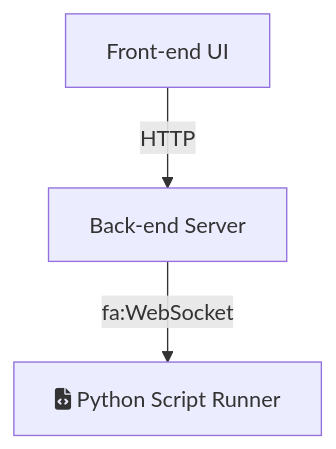
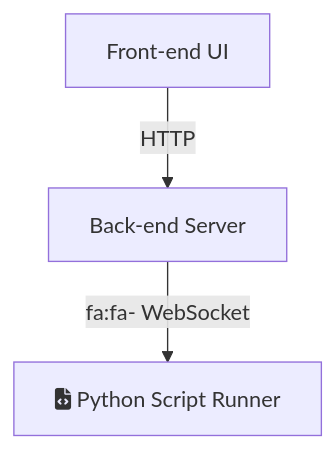
One commit to AlkeySheng/iodraw-files changed the diagram in all/未命名.md. Above: the diagram before and after it, drawn with Mermaid.

Commit message:
2024-05-20 14:51:02 update

````diff
--- a/all/未命名.md
+++ b/all/未命名.md
@@ -1,6 +1,6 @@
 ```mermaid
 graph TD
     A[Front-end UI] -->|HTTP| B[Back-end Server]
-    B -->|fa:WebSocket| C[fa:fa-file-code Python Script Runner]
+    B -->|fa:fa- WebSocket| C[fa:fa-file-code Python Script Runner]
 
 ```
````
